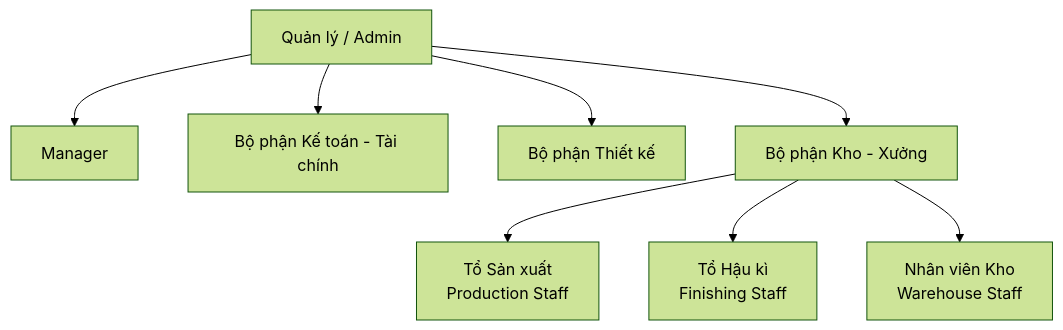
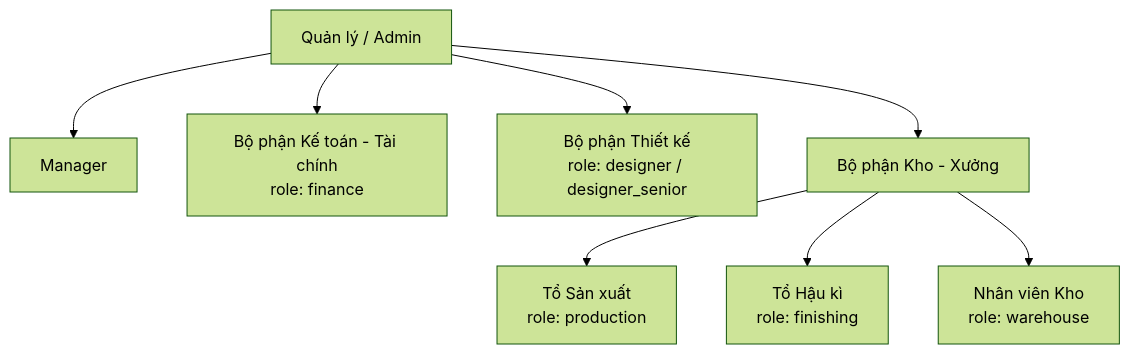
One commit to gioitrongxuan/streamhubs changed the first of 2 diagrams in docs/01-phan-tich-quy-trinh/co-cau-to-chuc.md. Above: the diagram before and after it, drawn with Mermaid (forest theme). The commit also changed other lines of this file and 14 other files, not shown here.

First line of the commit message:
docs: rà soát và cập nhật tài liệu thiết kế hệ thống

````diff
--- a/docs/01-phan-tich-quy-trinh/co-cau-to-chuc.md
+++ b/docs/01-phan-tich-quy-trinh/co-cau-to-chuc.md
@@ -5,13 +5,13 @@
 ```mermaid
 graph TD
     CEO[Quản lý / Admin]
 
     CEO --> MGR[Manager]
-    CEO --> FIN[Bộ phận Kế toán - Tài chính]
-    CEO --> DES[Bộ phận Thiết kế]
+    CEO --> FIN[Bộ phận Kế toán - Tài chính\nrole: finance]
+    CEO --> DES[Bộ phận Thiết kế\nrole: designer / designer_senior]
     CEO --> WH[Bộ phận Kho - Xưởng]
 
-    WH --> PRD[Tổ Sản xuất\nProduction Staff]
-    WH --> HK[Tổ Hậu kì\nFinishing Staff]
-    WH --> WHK[Nhân viên Kho\nWarehouse Staff]
+    WH --> PRD[Tổ Sản xuất\nrole: production]
+    WH --> HK[Tổ Hậu kì\nrole: finishing]
+    WH --> WHK[Nhân viên Kho\nrole: warehouse]
 ```
````
